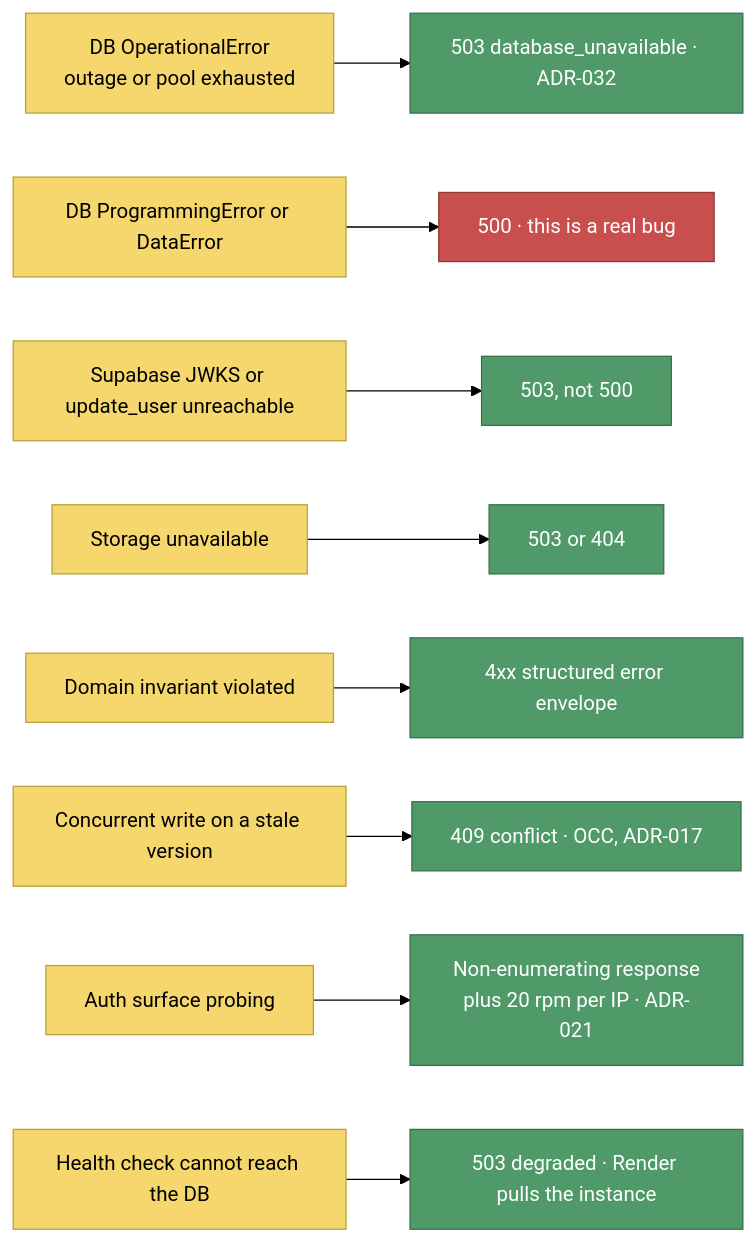
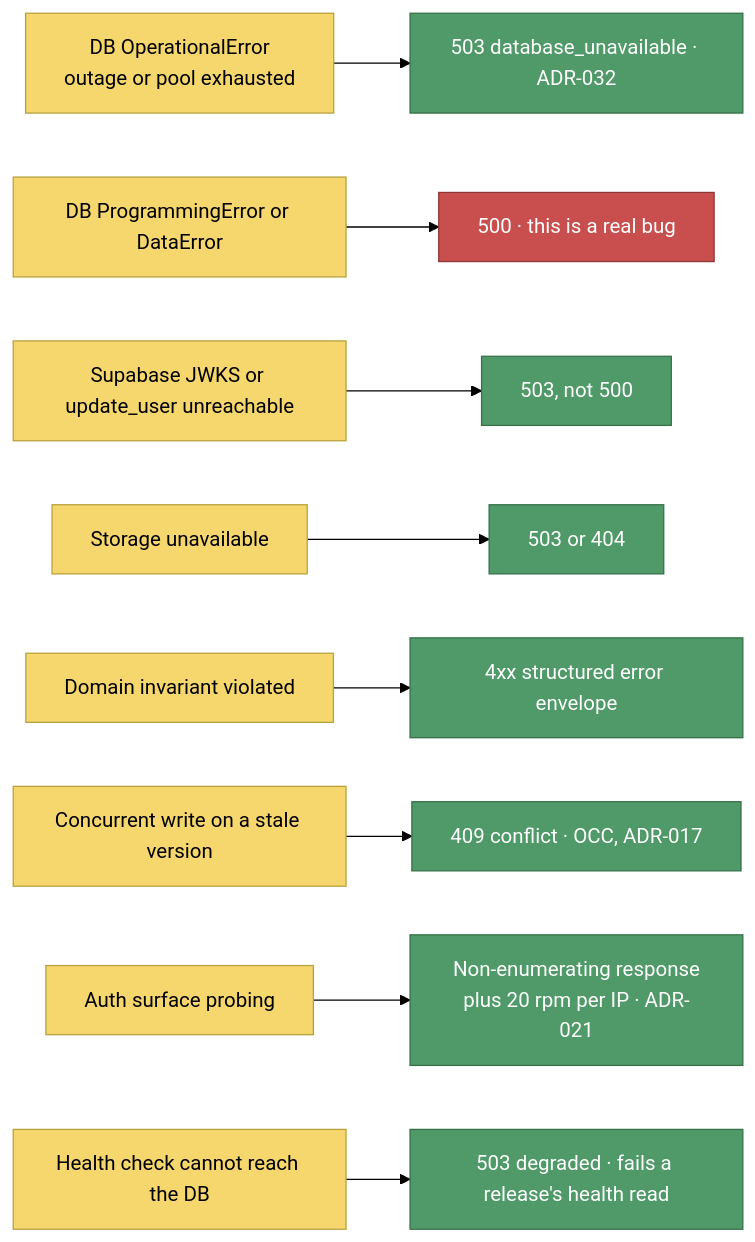
The seventh of 7 diagrams in docs/sad/06-runtime-view.md (namphuongtran/familyroots), drawn with Mermaid (forest theme) before and after one commit. The commit also changed 21 other files, not shown here.

````diff
--- a/docs/sad/06-runtime-view.md
+++ b/docs/sad/06-runtime-view.md
@@ -227,33 +227,33 @@
 ```mermaid
 graph LR
   f1[DB OperationalError<br/>outage or pool exhausted]:::dec
   f2[DB ProgrammingError or DataError]:::dec
   f3[Supabase JWKS or update_user unreachable]:::dec
   f4[Storage unavailable]:::dec
   f5[Domain invariant violated]:::dec
   f6[Concurrent write on a stale version]:::dec
   f7[Auth surface probing]:::dec
   f8[Health check cannot reach the DB]:::dec
 
   r1[503 database_unavailable · ADR-032]:::good
   r2[500 · this is a real bug]:::bad
   r3[503, not 500]:::good
   r4[503 or 404]:::good
   r5[4xx structured error envelope]:::good
   r6[409 conflict · OCC, ADR-017]:::good
   r7[Non-enumerating response<br/>plus 20 rpm per IP · ADR-021]:::good
-  r8[503 degraded · Render pulls the instance]:::good
+  r8[503 degraded · fails a release's health read]:::good
 
   f1 --> r1
   f2 --> r2
   f3 --> r3
   f4 --> r4
   f5 --> r5
   f6 --> r6
   f7 --> r7
   f8 --> r8
 
   classDef dec fill:#f5d76e,stroke:#b8a13c,color:#000000
   classDef good fill:#4f9a68,stroke:#357049,color:#ffffff
   classDef bad fill:#c94f4f,stroke:#8f3636,color:#ffffff
 ```
````
